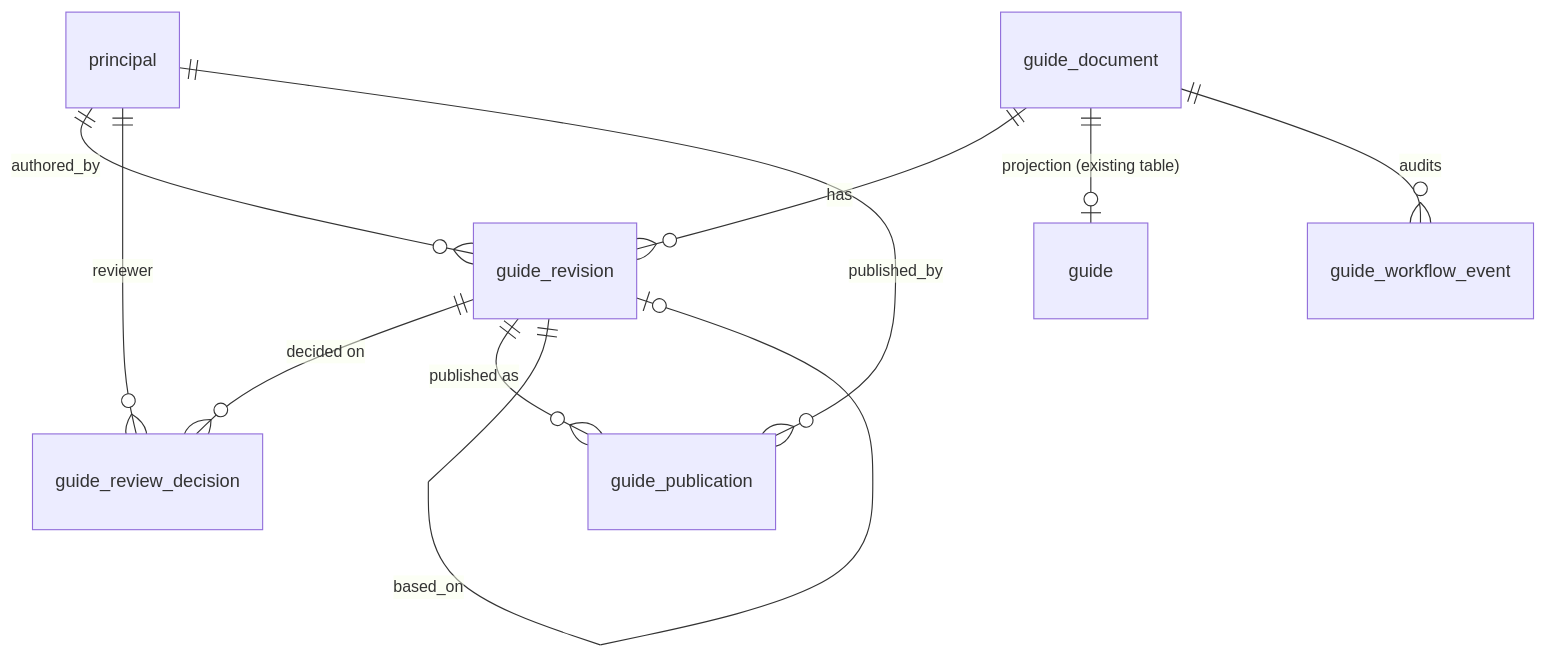
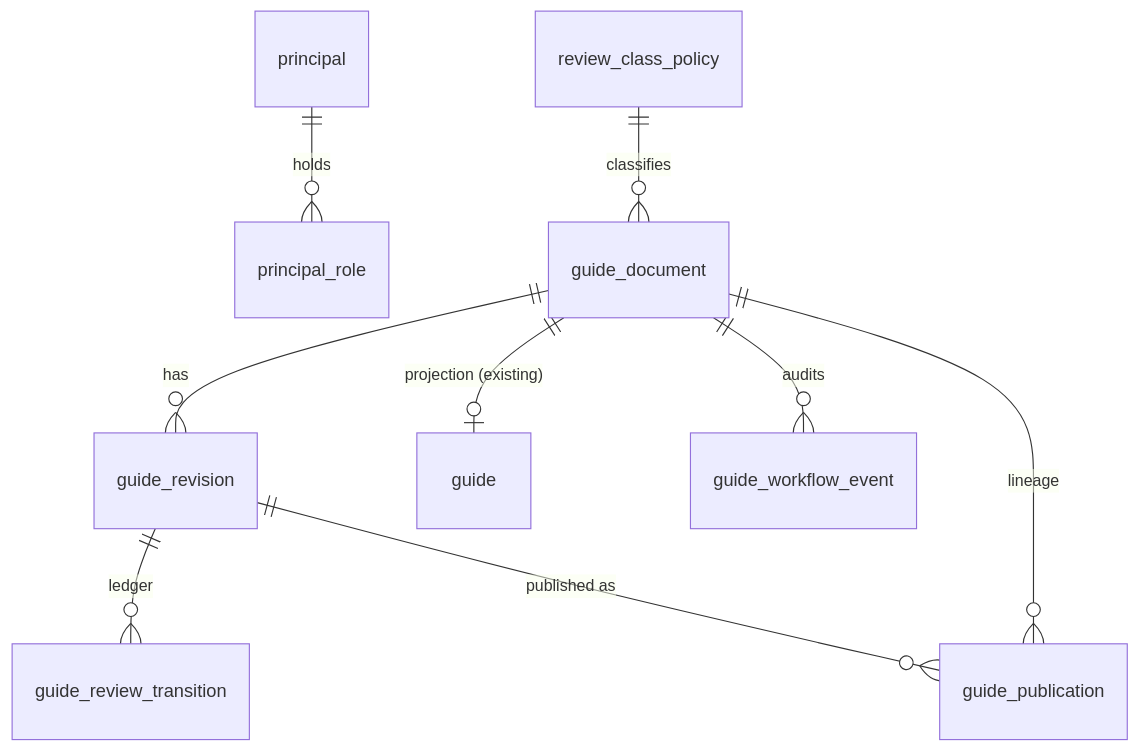
One commit to life-in-uk/backend changed the third of 6 diagrams in docs/guide-legal-review-publication-architecture.md. Above: the diagram before and after it, drawn with Mermaid. The commit also changed other lines of this file, not shown here.

Commit message:
docs: refine Guide review and publication architecture (#46)

````diff
--- a/docs/guide-legal-review-publication-architecture.md
+++ b/docs/guide-legal-review-publication-architecture.md
@@ -337,12 +422,11 @@
 ```mermaid
 erDiagram
-    principal ||--o{ guide_revision : "authored_by"
-    principal ||--o{ guide_review_decision : "reviewer"
-    principal ||--o{ guide_publication : "published_by"
+    principal ||--o{ principal_role : holds
+    review_class_policy ||--o{ guide_document : classifies
     guide_document ||--o{ guide_revision : has
-    guide_revision ||--o{ guide_review_decision : "decided on"
+    guide_revision ||--o{ guide_review_transition : "ledger"
     guide_revision ||--o{ guide_publication : "published as"
-    guide_document ||--o| guide : "projection (existing table)"
+    guide_document ||--o{ guide_publication : "lineage"
+    guide_document ||--o| guide : "projection (existing)"
     guide_document ||--o{ guide_workflow_event : audits
-    guide_revision ||--o| guide_revision : based_on
 ```
````
